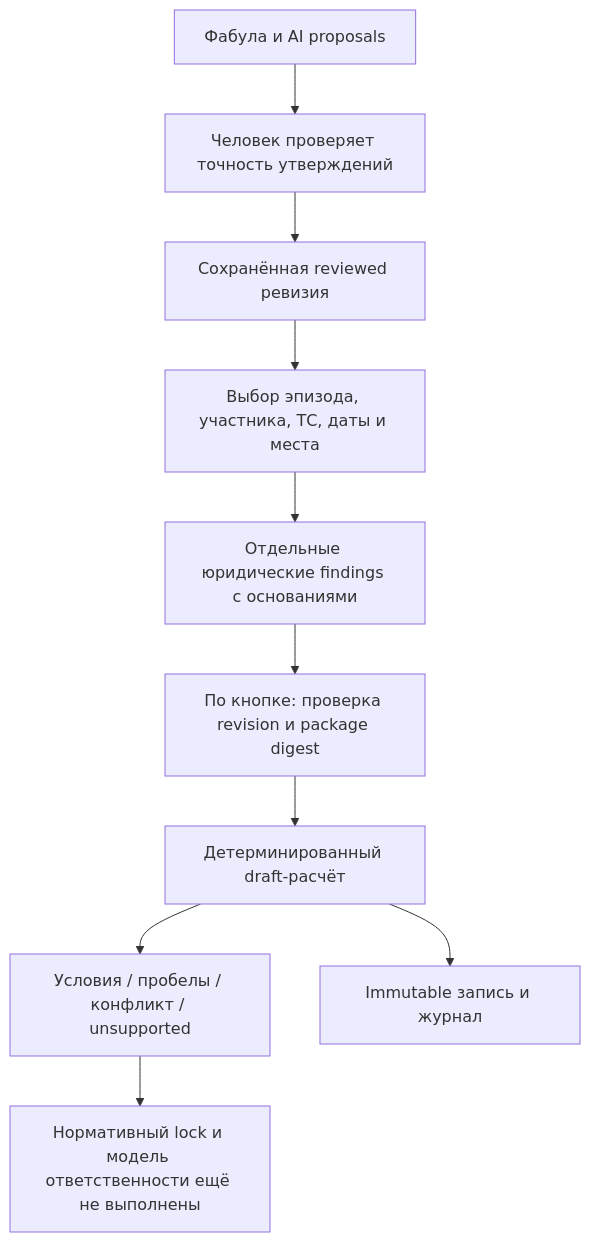
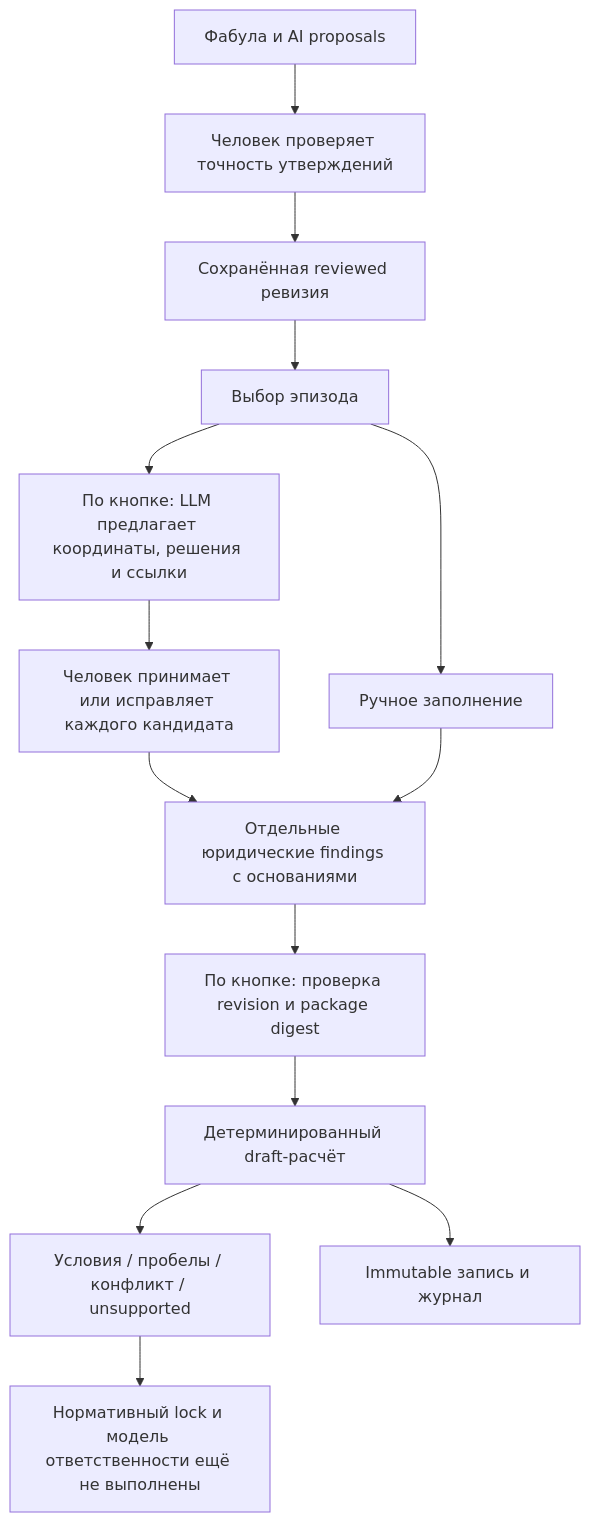
The diagram in docs/PARKING_LEGAL_FINDINGS.md (SoundBlaster/NormLab), drawn with Mermaid before and after one commit. The commit also changed other lines of this file and 16 other files, not shown here.

````diff
--- a/docs/PARKING_LEGAL_FINDINGS.md
+++ b/docs/PARKING_LEGAL_FINDINGS.md
@@ -66,12 +66,16 @@
 ```mermaid
 flowchart TD
   A[Фабула и AI proposals] --> B[Человек проверяет точность утверждений]
   B --> C[Сохранённая reviewed ревизия]
-  C --> D[Выбор эпизода, участника, ТС, даты и места]
-  D --> E[Отдельные юридические findings с основаниями]
+  C --> D[Выбор эпизода]
+  D --> P[По кнопке: LLM предлагает координаты, решения и ссылки]
+  P --> R[Человек принимает или исправляет каждого кандидата]
+  D --> M[Ручное заполнение]
+  R --> E[Отдельные юридические findings с основаниями]
+  M --> E
   E --> F[По кнопке: проверка revision и package digest]
   F --> G[Детерминированный draft-расчёт]
   G --> H[Условия / пробелы / конфликт / unsupported]
   G --> I[Immutable запись и журнал]
   H --> J[Нормативный lock и модель ответственности ещё не выполнены]
 ```
````
